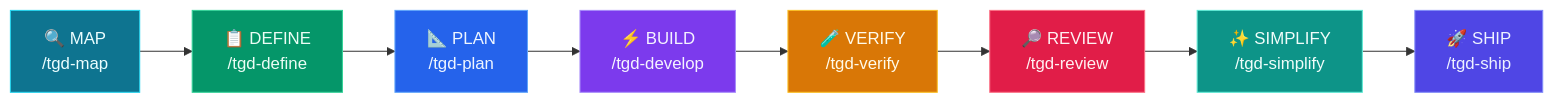
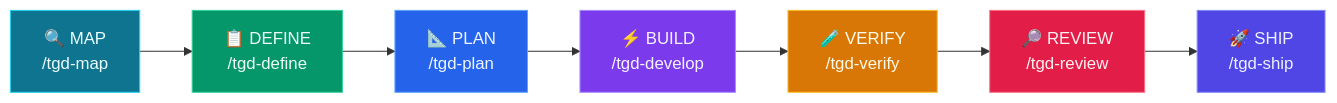
The diagram in README.md (openclawyhwang-hub/tGD), drawn with Mermaid before and after one commit. The commit also changed other lines of this file and 22 other files, not shown here.

````diff
--- a/README.md
+++ b/README.md
@@ -192,28 +192,26 @@
 ```mermaid
 flowchart LR
     A["🔍 MAP\n/tgd-map"] --> B["📋 DEFINE\n/tgd-define"]
     B --> C["📐 PLAN\n/tgd-plan"]
     C --> D["⚡ BUILD\n/tgd-develop"]
     D --> E["🧪 VERIFY\n/tgd-verify"]
     E --> F["🔎 REVIEW\n/tgd-review"]
-    F --> G["✨ SIMPLIFY\n/tgd-simplify"]
-    G --> H["🚀 SHIP\n/tgd-ship"]
+    F --> G["🚀 SHIP\n/tgd-ship"]
 
     classDef cyan fill:#0e7490,color:#ecfeff,stroke:#22d3ee
     classDef green fill:#059669,color:#ecfdf5,stroke:#34d399
     classDef blue fill:#2563eb,color:#eff6ff,stroke:#60a5fa
     classDef purple fill:#7c3aed,color:#f5f3ff,stroke:#a78bfa
     classDef amber fill:#d97706,color:#fffbeb,stroke:#fbbf24
     classDef rose fill:#e11d48,color:#fff1f2,stroke:#fb7185
     classDef teal fill:#0d9488,color:#f0fdfa,stroke:#5eead4
     classDef indigo fill:#4f46e5,color:#eef2ff,stroke:#818cf8
 
     class A cyan
     class B green
     class C blue
     class D purple
     class E amber
     class F rose
-    class G teal
-    class H indigo
+    class G indigo
 ```
````
